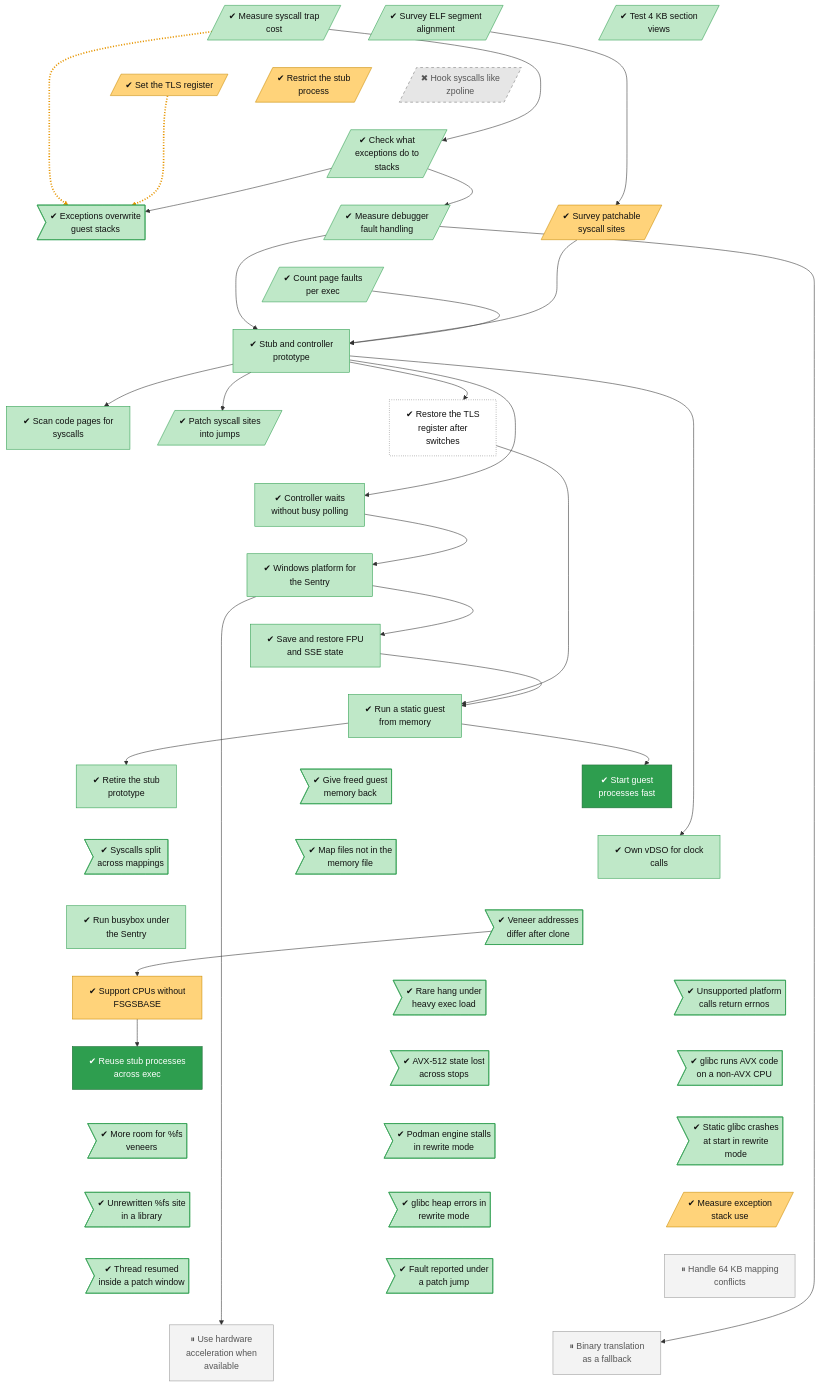
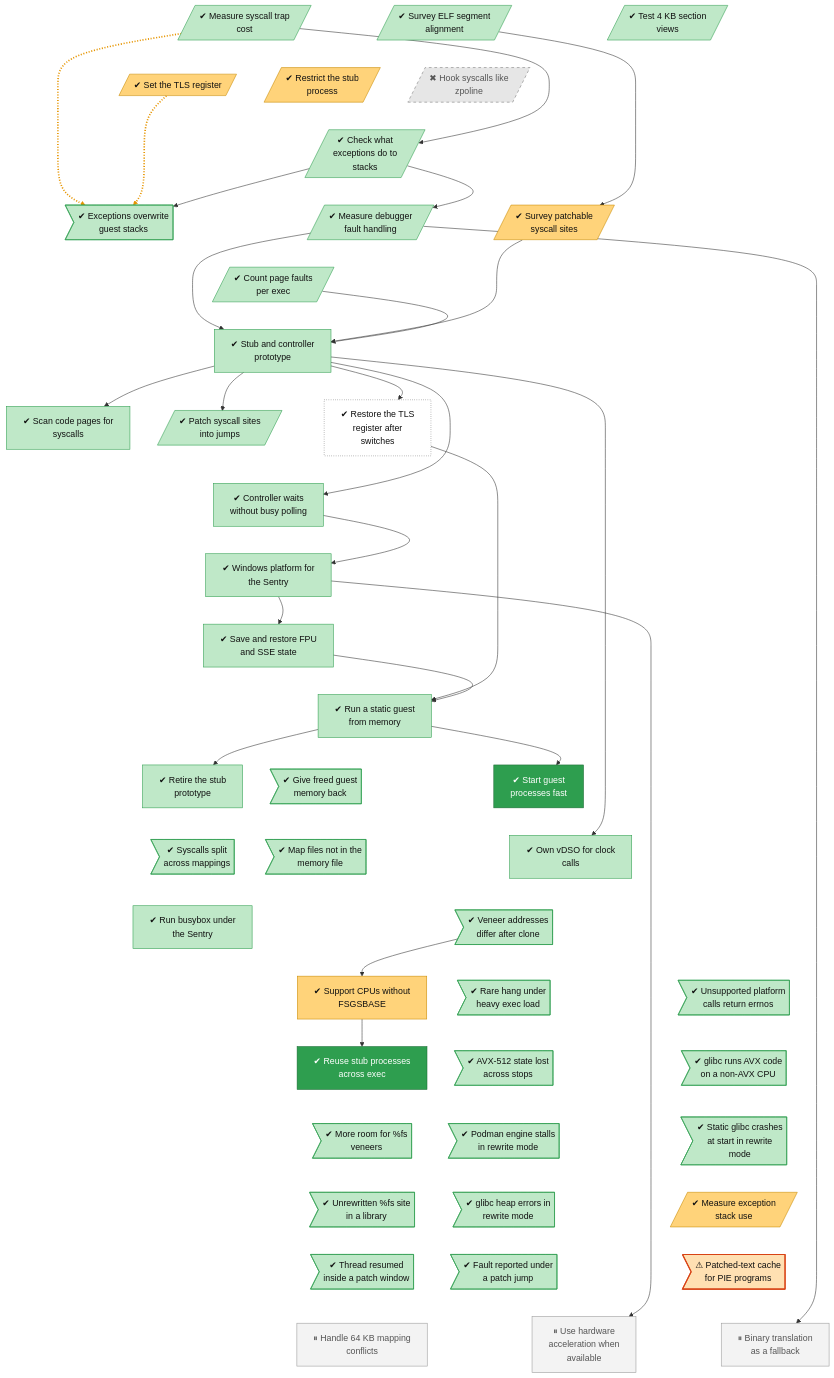
Before and after one commit to lhns/gvisor-windows: the diagram in docs/roadmap/tracks/platform.md, drawn with Mermaid. The commit also changed other lines of this file and 5 other files, not shown here.

Commit message:
Tree: CI on push only; client-on-pipe and PIE text-cache defects

````diff
--- a/docs/roadmap/tracks/platform.md
+++ b/docs/roadmap/tracks/platform.md
@@ -50,6 +50,7 @@
     platform_exception_dispatch_depth[/"✔ Measure exception<br/>stack use"/]
     platform_resume_inside_fs_window>"✔ Thread resumed<br/>inside a patch window"]
     platform_fault_under_fs_jump>"✔ Fault reported under<br/>a patch jump"]
+    platform_text_cache_pie>"⚠ Patched-text cache<br/>for PIE programs"]
     platform_64k_mapping_conflicts["⏸ Handle 64 KB mapping<br/>conflicts"]
     platform_hardware_acceleration["⏸ Use hardware<br/>acceleration when<br/>available"]
     platform_binary_translation_fallback["⏸ Binary translation<br/>as a fallback"]
@@ -98,10 +99,10 @@
     platform_rewrite_glibc_init_crash ~~~ platform_exception_dispatch_depth
     platform_unrewritten_fs_in_library ~~~ platform_resume_inside_fs_window
     platform_rewrite_heap_corruption ~~~ platform_fault_under_fs_jump
-    platform_exception_dispatch_depth ~~~ platform_64k_mapping_conflicts
-    platform_resume_inside_fs_window ~~~ platform_hardware_acceleration
-    platform_fault_under_fs_jump ~~~ platform_binary_translation_fallback
-    platform_64k_mapping_conflicts ~~~ platform_binary_translation_fallback
+    platform_exception_dispatch_depth ~~~ platform_text_cache_pie
+    platform_resume_inside_fs_window ~~~ platform_64k_mapping_conflicts
+    platform_fault_under_fs_jump ~~~ platform_hardware_acceleration
+    platform_text_cache_pie ~~~ platform_binary_translation_fallback
     platform_trap_cost -.-> platform_veh_on_guest_stack_unsafe
     platform_tls_register -.-> platform_veh_on_guest_stack_unsafe
     platform_trap_cost --> platform_exception_stack
@@ -146,5 +147,6 @@
     class platform_zpoline_hooks dead
     class platform_fs_base_repair unrated
     class platform_fast_process_start,platform_recycle_stubs vsucc
+    class platform_text_cache_pie finding
     class platform_64k_mapping_conflicts,platform_hardware_acceleration,platform_binary_translation_fallback parked
 ```
````
